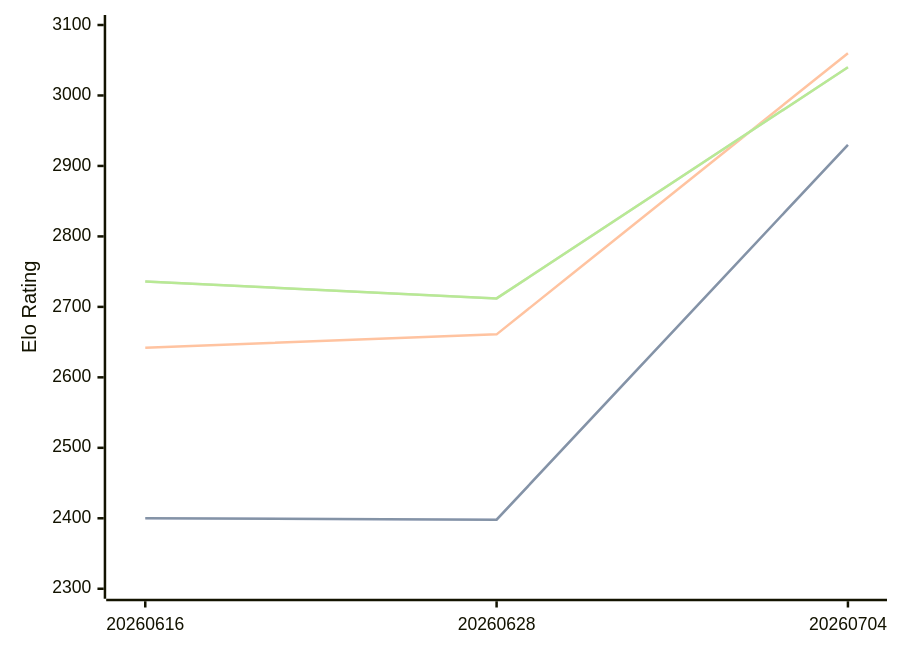
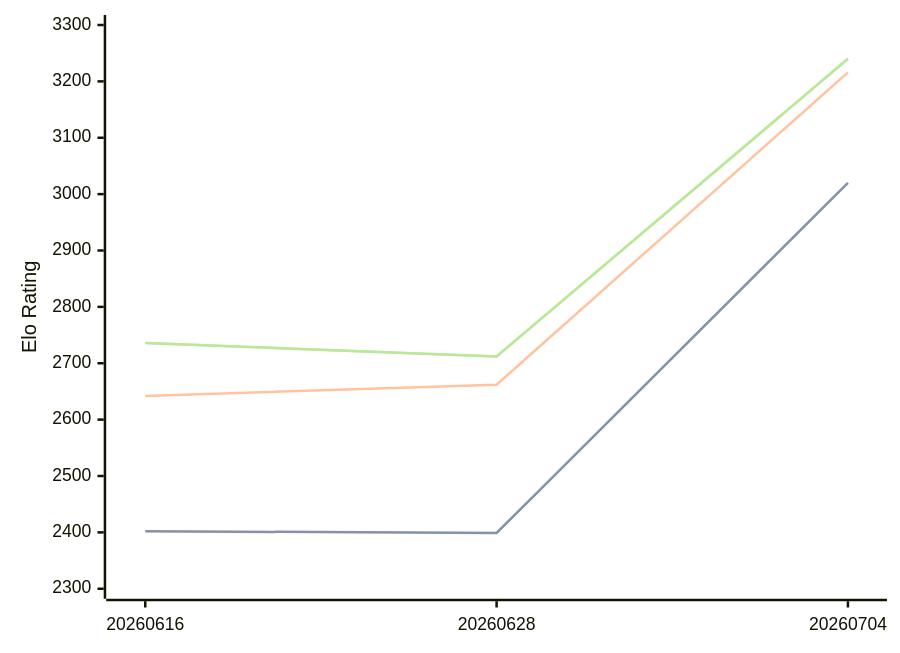
The first of 3 diagrams in engines/Askaig.md (computer-chess-index/cci), drawn with Mermaid before and after one commit. The commit also changed other lines of this file, not shown here.

Commit message:
Update CCI Ratings (ELO VLTC) - 2026-07-09

````diff
--- a/engines/Askaig.md
+++ b/engines/Askaig.md
@@ -35,11 +35,11 @@
 ```mermaid
 %%{init: {"theme":"base","themeVariables":{"seriesColors:['#a3a3a3','#222221','#faa371']}}}%%
 xychart-beta
   x-axis ["20260616", "20260628", "20260704"]
-  y-axis "Elo Rating" 2300 --> 3100
-  line "STC (8.0+0.08s)" [2400, 2398, 2930]
-  line "STC (8.0+0.08s)" [2400, 2398, 2930]
-  line "LTC (60.0+0.60s)" [2642, 2661, 3060]
-  line "VLTC (2m24s+1.12s)" [2736, 2712, 3040]
-  line "VLTC (2m24s+1.12s)" [2736, 2712, 3040]
+  y-axis "Elo Rating" 2300 --> 3300
+  line "STC (8.0+0.08s)" [2402, 2399, 3020]
+  line "STC (8.0+0.08s)" [2402, 2399, 3020]
+  line "LTC (60.0+0.60s)" [2642, 2662, 3216]
+  line "VLTC (2m24s+1.12s)" [2736, 2712, 3240]
+  line "VLTC (2m24s+1.12s)" [2736, 2712, 3240]
 ```
````
